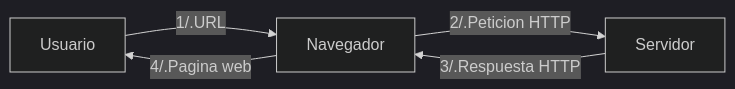
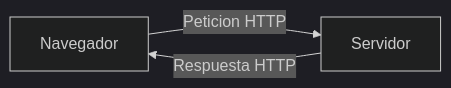
One commit to MarioAlbar/PaginaPractica changed the second of 3 diagrams in content/Pagina4/pag1.es.md. Above: the diagram before and after it, drawn with Mermaid (dark theme). The commit also changed other lines of this file and 39 other files, not shown here.

```diff
--- a/content/Pagina4/pag1.es.md
+++ b/content/Pagina4/pag1.es.md
@@ -9,4 +23,4 @@
 {{<mermaid align="center">}}
 graph LR;
-    A[Usuario ] -->|1/.URL | B[Navegador ] --> |2/.Peticion HTTP| C[Servidor ] -->|3/.Respuesta HTTP| B[Navegador ] -->|4/.Pagina web | A[Usuario ]
+     B[Navegador ] --> |Peticion HTTP| C[Servidor ] -->|Respuesta HTTP| B[Navegador ] 
 {{< /mermaid >}}
```
